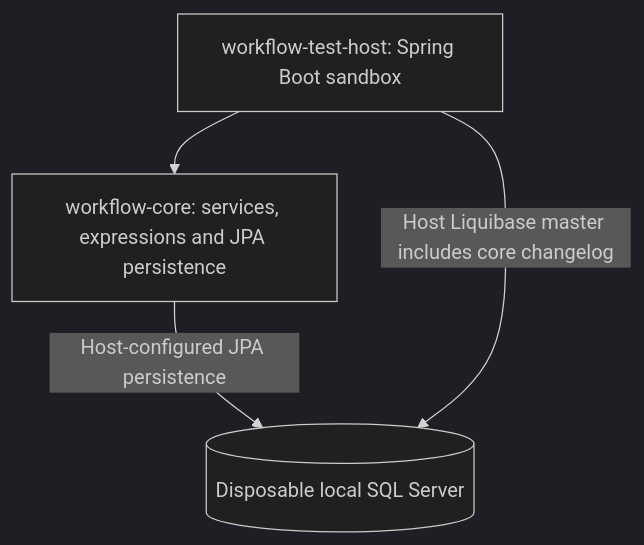
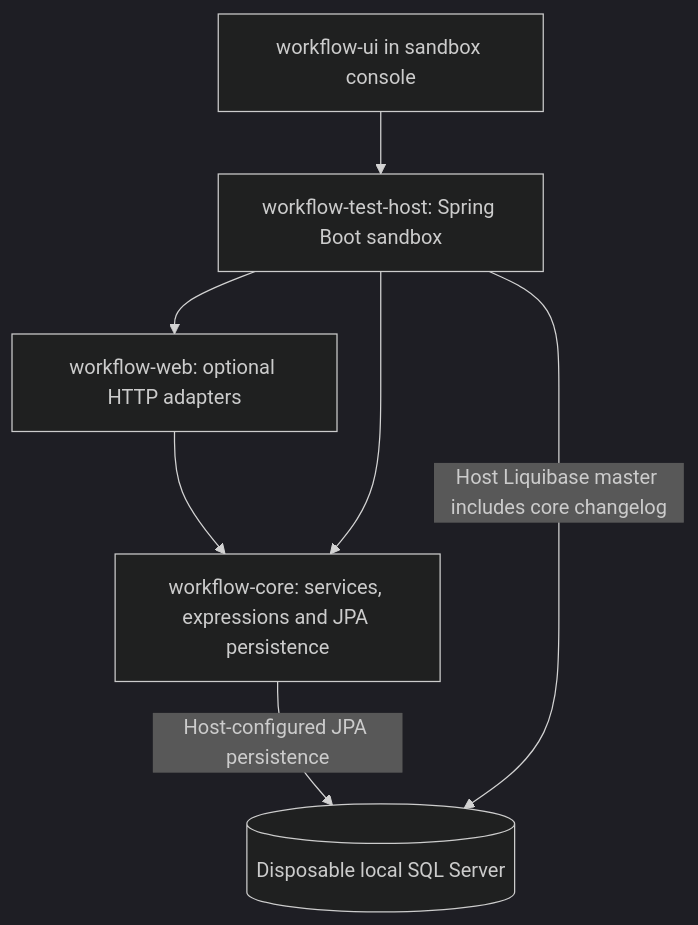
One commit to leontecristian/workflow-engine changed the first of 3 diagrams in docs/architecture/workflow-engine-design.md. Above: the diagram before and after it, drawn with Mermaid (dark theme). The commit also changed other lines of this file, not shown here.

First line of the commit message:
docs: reconcile workflow architecture through F022

````diff
--- a/docs/architecture/workflow-engine-design.md
+++ b/docs/architecture/workflow-engine-design.md
@@ -129,9 +133,13 @@
 ```mermaid
 flowchart TB
     Sandbox[workflow-test-host: Spring Boot sandbox]
     Workflow[workflow-core: services, expressions and JPA persistence]
     Database[(Disposable local SQL Server)]
+    UI[workflow-ui in sandbox console] --> Sandbox
+    Web[workflow-web: optional HTTP adapters]
+    Sandbox --> Web
+    Web --> Workflow
     Sandbox --> Workflow
     Workflow -->|Host-configured JPA persistence| Database
     Sandbox -->|Host Liquibase master includes core changelog| Database
 ```
````
